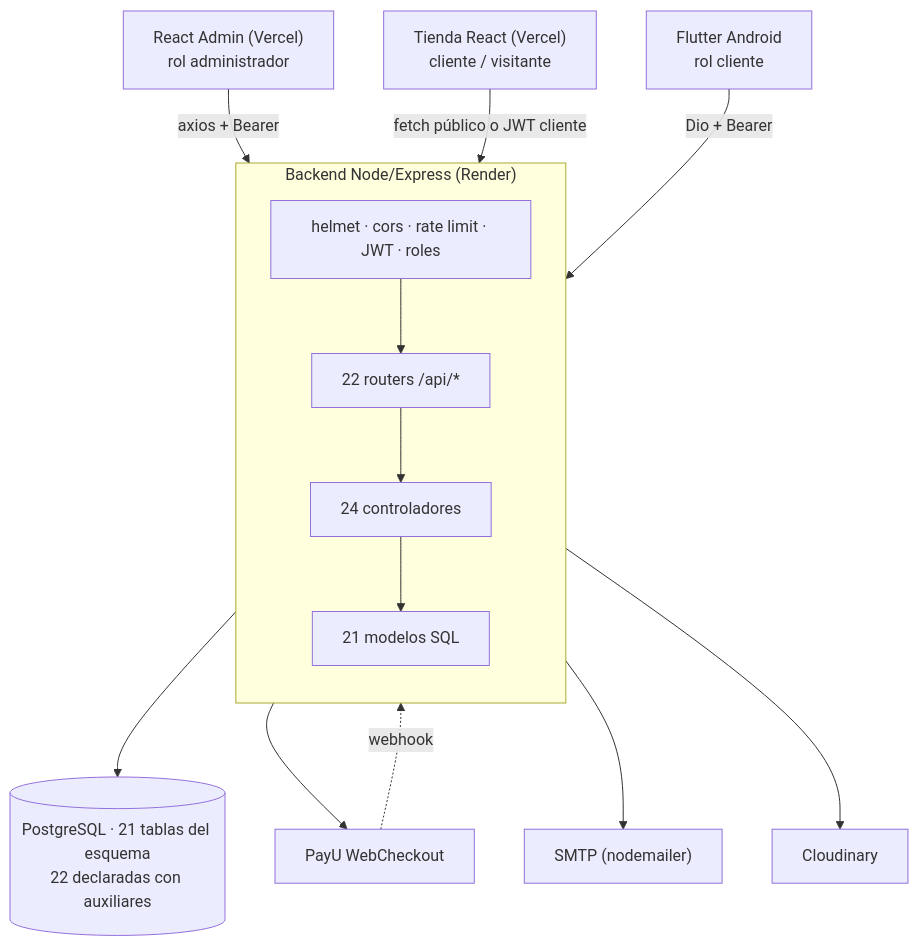
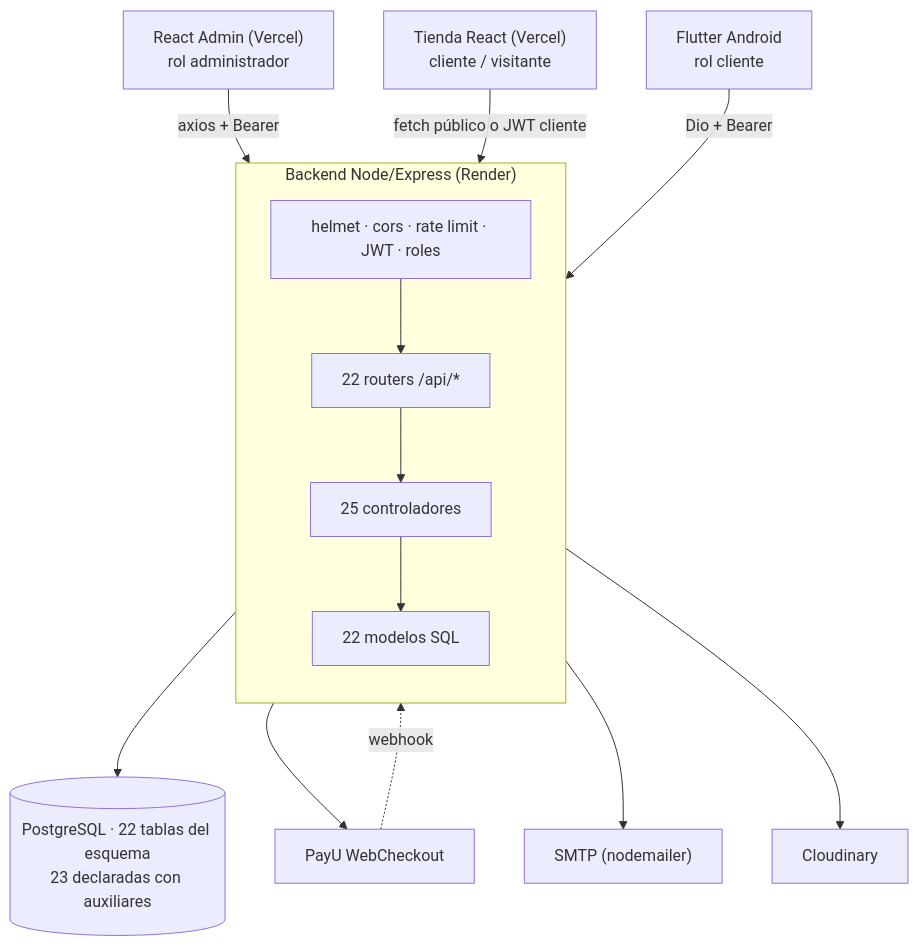
One commit to jimenezvegaedinson7-dot/librer-a changed the diagram in docs/architecture/graphs/general-architecture.mmd. Above: the diagram before and after it, drawn with Mermaid. The commit also changed 480 other files, not shown here.

```diff
--- a/docs/architecture/graphs/general-architecture.mmd
+++ b/docs/architecture/graphs/general-architecture.mmd
@@ -1,20 +1,20 @@
-%% Generado 2026-10-14 desde el código real (actualizar-mapa.mjs)
+%% Generado 2026-10-22 desde el código real (actualizar-mapa.mjs)
 flowchart TB
-    DB[("PostgreSQL · 21 tablas del esquema<br/>22 declaradas con auxiliares")]
+    DB[("PostgreSQL · 22 tablas del esquema<br/>23 declaradas con auxiliares")]
     subgraph API["Backend Node/Express (Render)"]
         direction TB
         MW["helmet · cors · rate limit · JWT · roles"]
         R["22 routers /api/*"]
-        C["24 controladores"]
-        M["21 modelos SQL"]
+        C["25 controladores"]
+        M["22 modelos SQL"]
         MW --> R --> C --> M
     end
     M --> DB
     EXT1["PayU WebCheckout"]
     EXT2["SMTP (nodemailer)"]
     EXT3["Cloudinary"]
     C --> EXT1 & EXT2 & EXT3
     EXT1 -. webhook .-> R
     REACT["React Admin (Vercel)<br/>rol administrador"] -->|"axios + Bearer"| MW
     TIENDA["Tienda React (Vercel)<br/>cliente / visitante"] -->|"fetch público o JWT cliente"| MW
     FLUTTER["Flutter Android<br/>rol cliente"] -->|"Dio + Bearer"| MW
```
